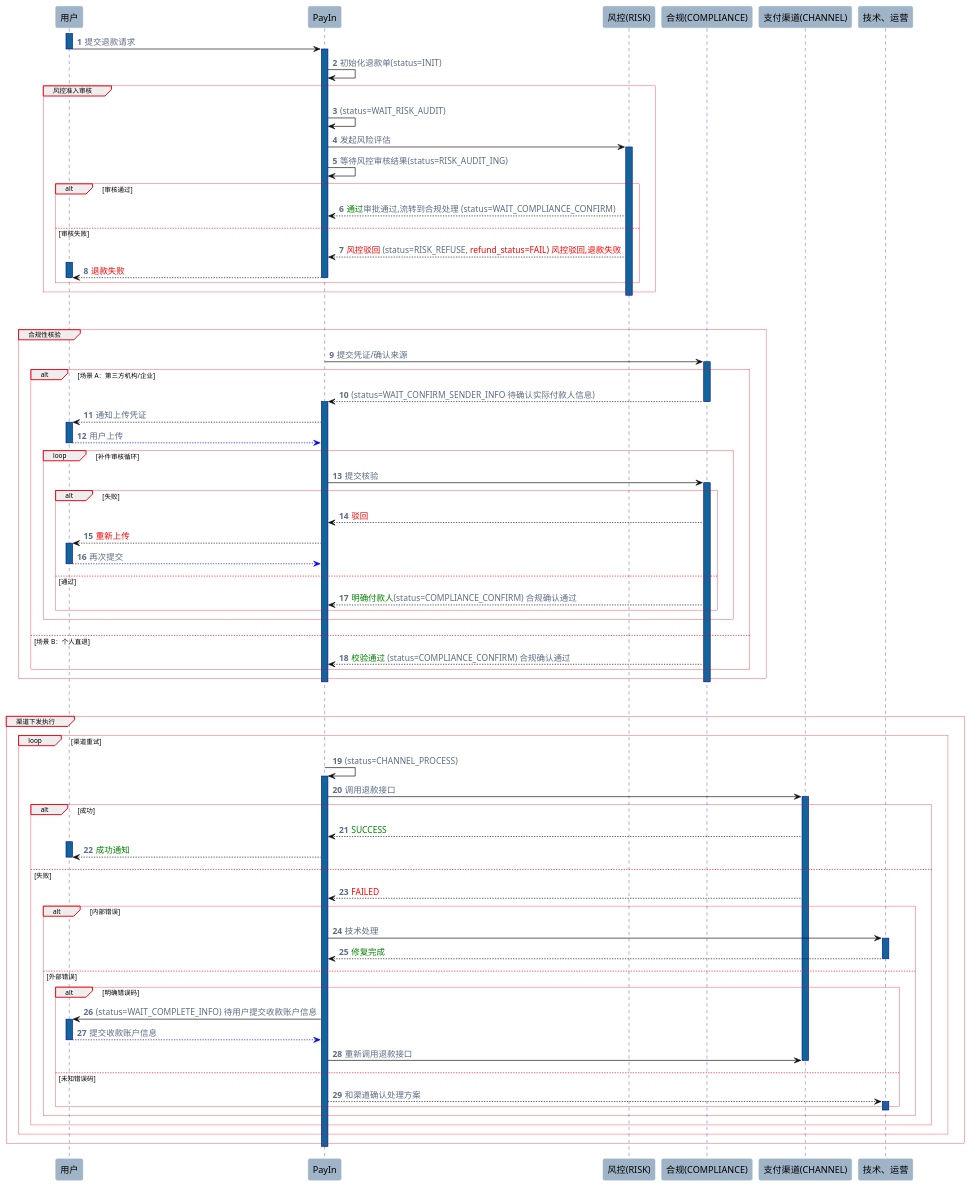
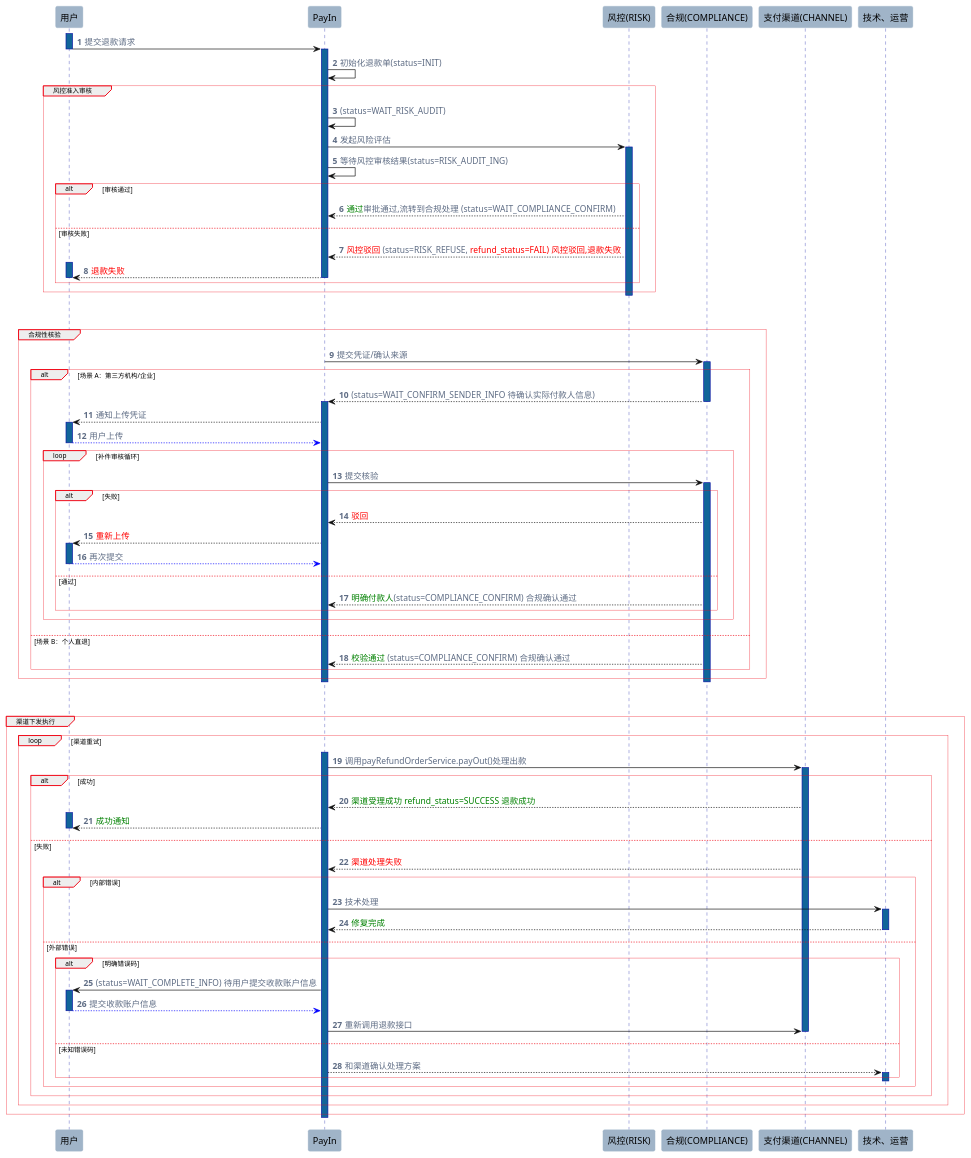
One commit to lancelothuxi/mock-runner-plugin changed the diagram in refund.puml. Above: the diagram before and after it, drawn with PlantUML.

```diff
--- a/refund.puml
+++ b/refund.puml
@@ -1,139 +1,138 @@
 @startuml
 !pragma teoz true
 
 skinparam sequenceGroupHeaderFontStyle plain
 skinparam sequence {
   LifeLineBorderColor #0a14a4ff
   LifeLineBorderThickness 2
   LifeLineBackgroundColor #116599ff
   ParticipantBorderColor #A0B4C8
   ParticipantBackgroundColor #A0B4C8
   GroupHeaderFontSize 10
   GroupBorderColor #f00817ff
   GroupBorderThickness 0.5
 }
 
 skinparam sequenceGroupFontSize 10
 skinparam SequenceGroupFontStyle plain
 skinparam sequenceGroupHeaderFontSize 10
 
 
 skinparam Arrow {
   color #0e0f0fff
   thickness 1
   fontColor #5E6C84
 }
 
 skinparam Note {
   backgroundColor #E6F0FF
   borderColor #A4C6FF
   fontColor #1F2328
   roundCorner 6
 }
 
 participant "用户" as User
 participant "PayIn" as Payin
 participant "风控(RISK)" as Risk
 participant "合规(COMPLIANCE)" as Compliance
 participant "支付渠道(CHANNEL)" as Channel
 participant "技术、运营" as Ops
 
 autonumber
 
 activate User
 User -> Payin: 提交退款请求
 deactivate User
 
 activate Payin
 Payin -> Payin: 初始化退款单(status=INIT)
 
 group 风控准入审核
   Payin -> Payin: (status=WAIT_RISK_AUDIT)
   Payin -> Risk++: 发起风险评估
   Payin -> Payin: 等待风控审核结果(status=RISK_AUDIT_ING)
 
   alt 审核通过
     Risk --> Payin: <color:green>通过</color>审批通过,流转到合规处理 (status=WAIT_COMPLIANCE_CONFIRM)
   else 审核失败
     Risk --> Payin: <color:red>风控驳回</color> (status=RISK_REFUSE, <color:red>refund_status=FAIL) 风控驳回,退款失败
     User++
     Payin --> User--: <color:red>退款失败</color>
     User--
   end
     Risk--
 end
 deactivate Payin
 
 ||40||
 
 group 合规性核验
   Payin -> Compliance++: 提交凭证/确认来源
 
   alt 场景 A：第三方机构/企业
     Compliance --> Payin++: (status=WAIT_CONFIRM_SENDER_INFO 待确认实际付款人信息)
     Compliance--
     Payin --> User++: 通知上传凭证
     User --[#blue]> Payin: 用户上传
     User--
 
     loop 补件审核循环
       Payin -> Compliance++: 提交核验
       alt 失败
         Compliance --> Payin: <color:red>驳回</color>
         Payin --> User++: <color:red>重新上传</color>
         User --[#blue]> Payin: 再次提交
         User--
       else 通过
         Compliance --> Payin: <color:green>明确付款人</color>(status=COMPLIANCE_CONFIRM) 合规确认通过
       end
     end
   else 场景 B：个人直退
     Compliance --> Payin: <color:green>校验通过</color> (status=COMPLIANCE_CONFIRM) 合规确认通过
   end
   Compliance--
   Payin--
 end
 
 ||40||
 
 group 渠道下发执行
   loop 渠道重试
-    Payin -> Payin++: (status=CHANNEL_PROCESS)
-    Payin -> Channel++: 调用退款接口
+    Payin++
+    Payin -> Channel++: 调用payRefundOrderService.payOut()处理出款
 
     alt 成功
-      Channel --> Payin: <color:green>SUCCESS</color>
+      Channel --> Payin: <color:green>渠道受理成功 refund_status=SUCCESS 退款成功</color>
       User++
       Payin --> User: <color:green>成功通知</color>
       User--
     else 失败
-      Channel --> Payin: <color:red>FAILED</color>
-
+      Channel --> Payin: <color:red>渠道处理失败</color>
       alt 内部错误
         Payin -> Ops++: 技术处理
         Ops --> Payin: <color:green>修复完成</color>
         Ops--
       else 外部错误
         alt 明确错误码
              Payin -> User++: (status=WAIT_COMPLETE_INFO) 待用户提交收款账户信息
              User --[#blue]> Payin: 提交收款账户信息
              User--
              Payin-> Channel: 重新调用退款接口
              Channel--
         else 未知错误码
             Payin --> Ops: 和渠道确认处理方案
             Ops++
             Ops--
             User--
         end
 
       end
     end
     Channel--
   end
   Payin--
 end
 
 deactivate Payin
 
 @enduml
```
